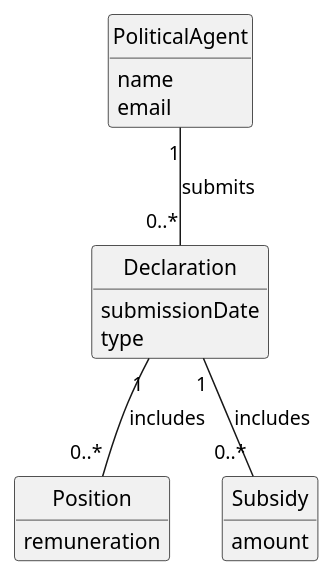
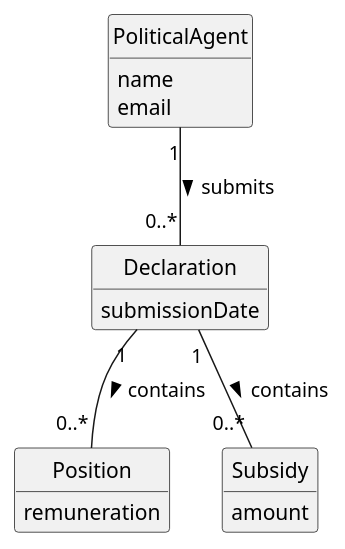
The diagram in docs/system-documentation/US10/02.analysis/puml/US010-DM.puml (Departamento-de-Engenharia-Informatica/sem2-pi-25-26-g096-repo), drawn with PlantUML before and after one commit. The commit also changed 1 other file, not shown here.

```diff
--- a/docs/system-documentation/US10/02.analysis/puml/US010-DM.puml
+++ b/docs/system-documentation/US10/02.analysis/puml/US010-DM.puml
@@ -1,31 +1,30 @@
 @startuml
 skinparam monochrome true
 skinparam packageStyle rectangle
 skinparam shadowing false
 skinparam classAttributeIconSize 0
 hide circle
 hide methods
 
 class PoliticalAgent {
-    name
-    email
+  name
+  email
 }
 
 class Declaration {
-    submissionDate
-    type
+  submissionDate
 }
 
 class Position {
-    remuneration
+  remuneration
 }
 
 class Subsidy {
-    amount
+  amount
 }
 
-PoliticalAgent "1" -- "0..*" Declaration : submits
-Declaration "1" -- "0..*" Position : includes
-Declaration "1" -- "0..*" Subsidy : includes
+PoliticalAgent "1" -- "0..*" Declaration : submits >
+Declaration "1" -- "0..*" Position : contains >
+Declaration "1" -- "0..*" Subsidy : contains >
 
 @enduml
```
